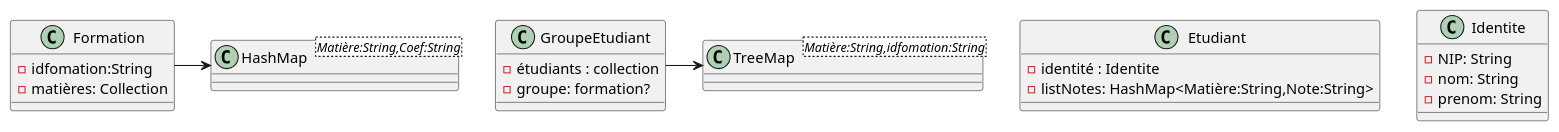
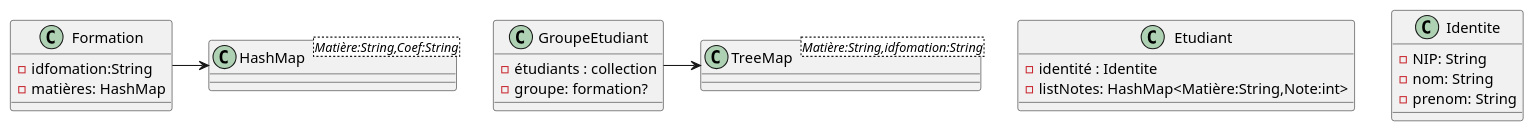
One commit to celie-ponroy/tp2_ex3_qdev changed the diagram in Uml/Etudiant.puml. Above: the diagram before and after it, drawn with PlantUML. The commit also changed 3 other files, not shown here.

```diff
--- a/Uml/Etudiant.puml
+++ b/Uml/Etudiant.puml
@@ -1,27 +1,27 @@
 @startuml
 'https://plantuml.com/class-diagram
 
 class Etudiant{
 - identité : Identite
-- listNotes: HashMap<Matière:String,Note:String>
+- listNotes: HashMap<Matière:String,Note:int>
 }
 
 class HashMap<Matière:String,Coef:String>{}
 class Formation{
 -idfomation:String
-- matières: Collection
+- matières: HashMap
 }
 Formation -> HashMap
 
 class TreeMap<Matière:String,idfomation:String>{}
 class GroupeEtudiant{
 - étudiants : collection
 - groupe: formation?
 }
 class Identite{
 -NIP: String
 -nom: String
 -prenom: String
 }
 GroupeEtudiant -> TreeMap
 @enduml
```
